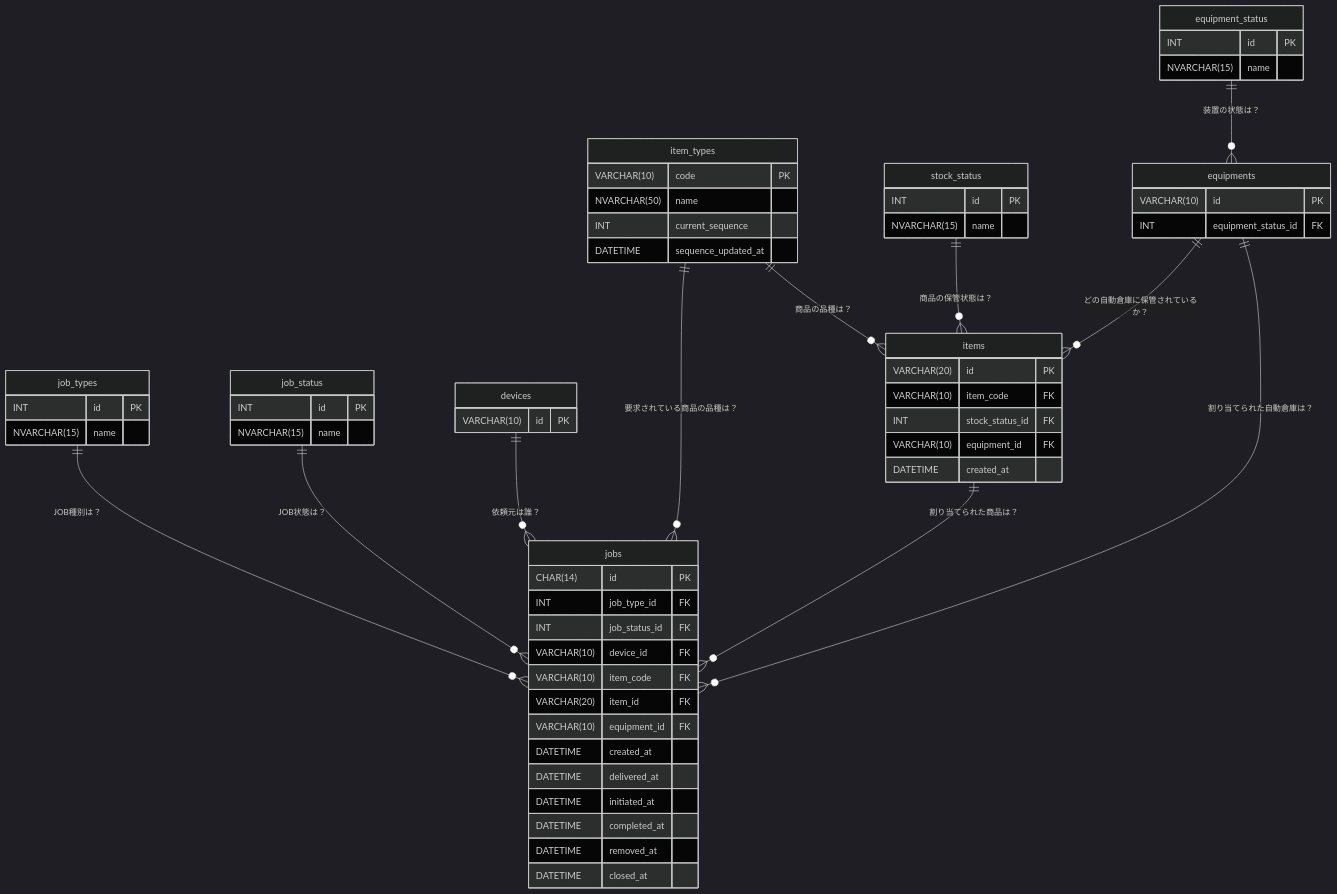
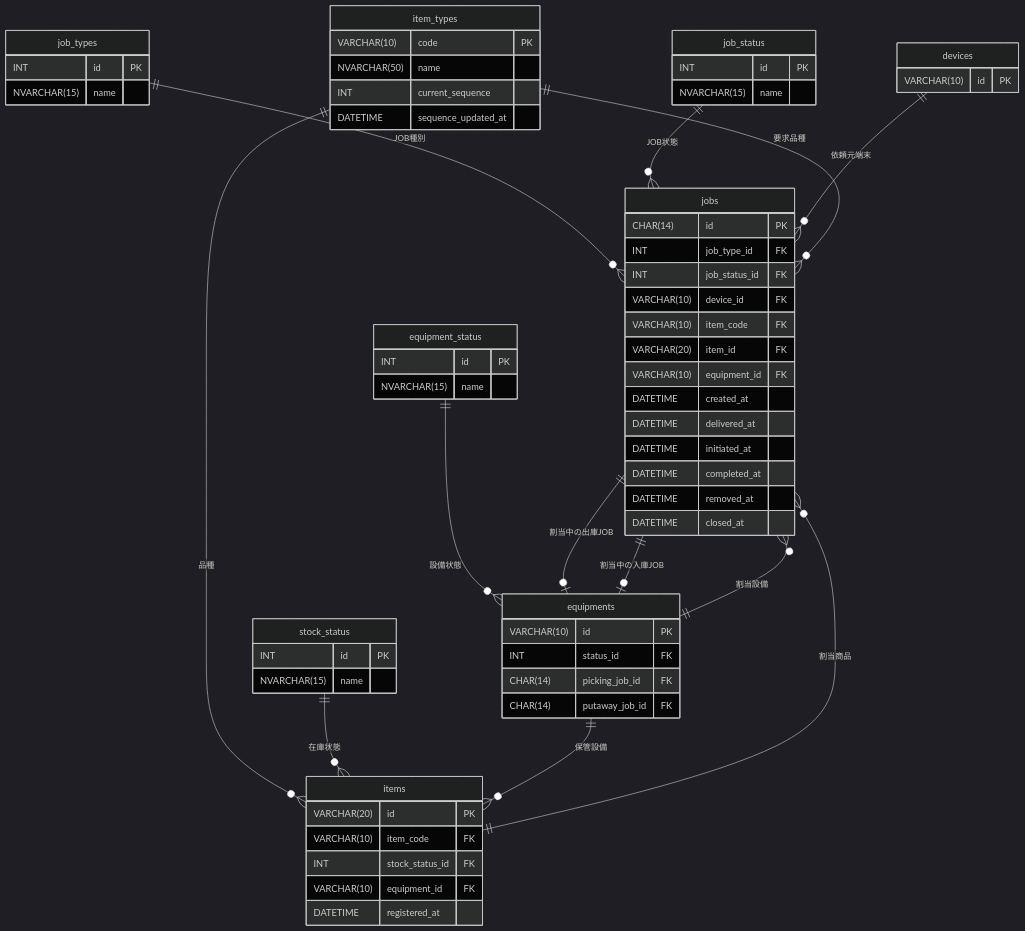
Before and after one commit to YE0250OCHI/FinalAssignment_TeamA: the diagram in docs/server/db_design.md, drawn with Mermaid (dark theme). The commit also changed other lines of this file, not shown here.

````diff
--- a/docs/server/db_design.md
+++ b/docs/server/db_design.md
@@ -192,75 +197,80 @@
 ``` mermaid
 erDiagram
     jobs {
         CHAR(14) id PK
         INT job_type_id FK
         INT job_status_id FK
         VARCHAR(10) device_id FK
         VARCHAR(10) item_code FK
         VARCHAR(20) item_id FK
         VARCHAR(10) equipment_id FK
         DATETIME created_at
         DATETIME delivered_at
         DATETIME initiated_at
         DATETIME completed_at
         DATETIME removed_at
         DATETIME closed_at
     }
 
     items {
         VARCHAR(20) id PK
         VARCHAR(10) item_code FK
         INT stock_status_id FK
         VARCHAR(10) equipment_id FK
-        DATETIME created_at
+        DATETIME registered_at
     }
 
     equipments {
         VARCHAR(10) id PK
-        INT equipment_status_id FK
+        INT status_id FK
+        CHAR(14) picking_job_id FK
+        CHAR(14) putaway_job_id FK
     }
 
     devices {
         VARCHAR(10) id PK
     }
 
     item_types {
         VARCHAR(10) code PK
         NVARCHAR(50) name
         INT current_sequence
         DATETIME sequence_updated_at
     }
 
     job_status {
         INT id PK
         NVARCHAR(15) name
     }
 
     job_types {
         INT id PK
         NVARCHAR(15) name
     }
 
     equipment_status {
         INT id PK
         NVARCHAR(15) name
     }
 
     stock_status {
         INT id PK
         NVARCHAR(15) name
     }
 
-    job_types ||--o{ jobs : "JOB種別は？"
-    job_status ||--o{ jobs : "JOB状態は？"
-    devices ||--o{ jobs : "依頼元は誰？"
-    item_types ||--o{ jobs : "要求されている商品の品種は？"
-    items ||--o{ jobs : "割り当てられた商品は？"
-    equipments ||--o{ jobs : "割り当てられた自動倉庫は？"
+    job_types ||--o{ jobs : "JOB種別"
+    job_status ||--o{ jobs : "JOB状態"
+    devices ||--o{ jobs : "依頼元端末"
+    item_types ||--o{ jobs : "要求品種"
+    items ||--o{ jobs : "割当商品"
+    equipments ||--o{ jobs : "割当設備"
 
-    item_types ||--o{ items : "商品の品種は？"
-    stock_status ||--o{ items : "商品の保管状態は？"
-    equipments ||--o{ items : "どの自動倉庫に保管されているか？"
+    item_types ||--o{ items : "品種"
+    stock_status ||--o{ items : "在庫状態"
+    equipments ||--o{ items : "保管設備"
 
-    equipment_status ||--o{ equipments : "装置の状態は？"
+    equipment_status ||--o{ equipments : "設備状態"
+
+    jobs ||--o| equipments : "割当中の出庫JOB"
+    jobs ||--o| equipments : "割当中の入庫JOB"
 ```
````
